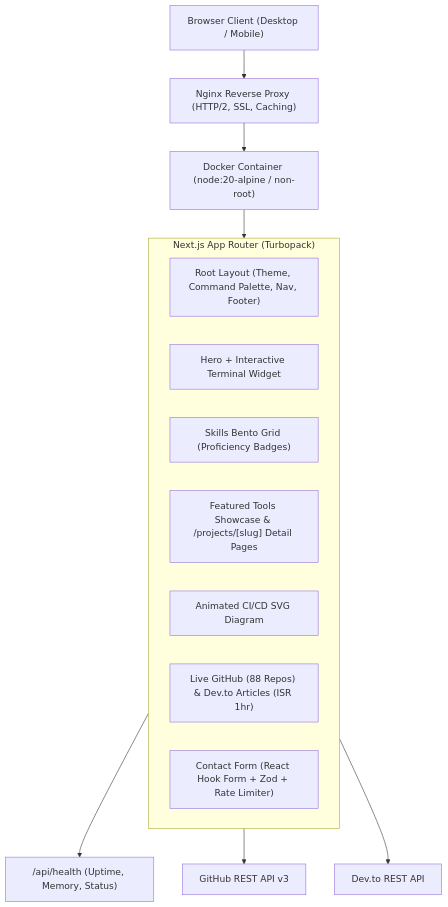
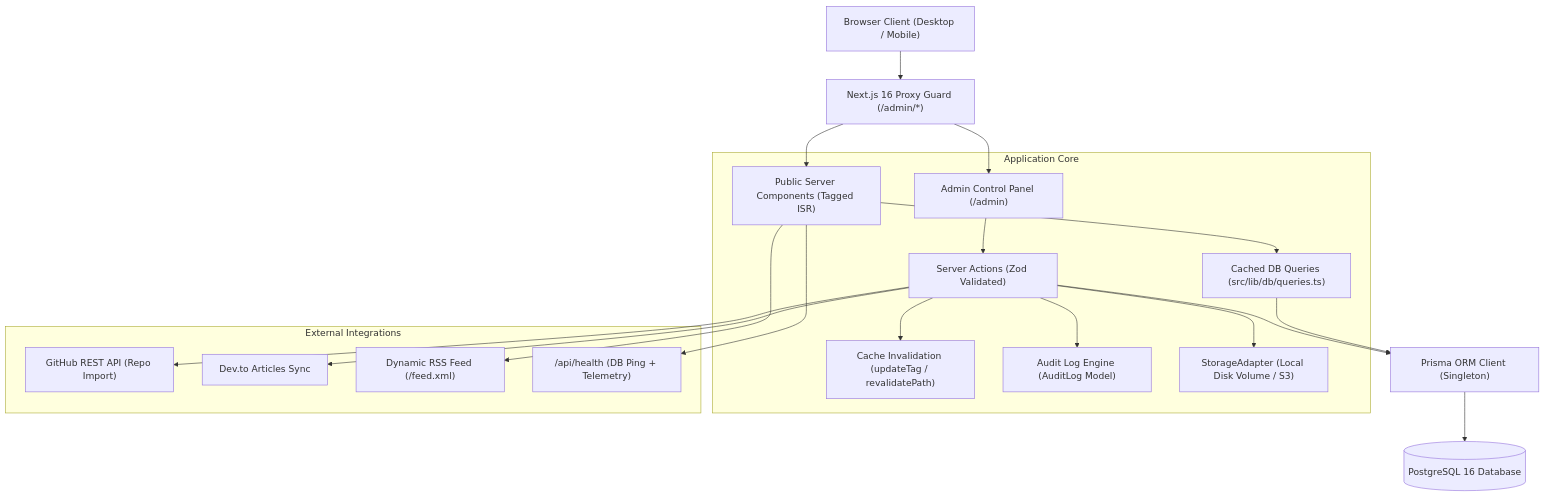
One commit to shuvo-halder/portfolio-next changed the diagram in README.md. Above: the diagram before and after it, drawn with Mermaid. The commit also changed other lines of this file and 76 other files, not shown here.

````diff
--- a/README.md
+++ b/README.md
@@ -28,20 +32,25 @@
 ```mermaid
 graph TD
-    Client["Browser Client (Desktop / Mobile)"] --> NginxProxy["Nginx Reverse Proxy (HTTP/2, SSL, Caching)"]
-    NginxProxy --> DockerNode["Docker Container (node:20-alpine / non-root)"]
+    Client["Browser Client (Desktop / Mobile)"] --> Proxy["Next.js 16 Proxy Guard (/admin/*)"]
+    Proxy --> PublicRoutes["Public Server Components (Tagged ISR)"]
+    Proxy --> AdminRoutes["Admin Control Panel (/admin)"]
     
-    subgraph App["Next.js App Router (Turbopack)"]
-        Layout["Root Layout (Theme, Command Palette, Nav, Footer)"]
-        Hero["Hero + Interactive Terminal Widget"]
-        Skills["Skills Bento Grid (Proficiency Badges)"]
-        Projects["Featured Tools Showcase & /projects/[slug] Detail Pages"]
-        Pipeline["Animated CI/CD SVG Diagram"]
-        Feeds["Live GitHub (88 Repos) & Dev.to Articles (ISR 1hr)"]
-        Contact["Contact Form (React Hook Form + Zod + Rate Limiter)"]
+    subgraph "Application Core"
+        PublicRoutes --> DBQueries["Cached DB Queries (src/lib/db/queries.ts)"]
+        AdminRoutes --> ServerActions["Server Actions (Zod Validated)"]
+        ServerActions --> CacheInvalidator["Cache Invalidation (updateTag / revalidatePath)"]
+        ServerActions --> AuditLogger["Audit Log Engine (AuditLog Model)"]
+        ServerActions --> Storage["StorageAdapter (Local Disk Volume / S3)"]
     end
     
-    DockerNode --> App
-    App --> Health["/api/health (Uptime, Memory, Status)"]
-    App --> GitHubAPI["GitHub REST API v3"]
-    App --> DevToAPI["Dev.to REST API"]
+    DBQueries --> PrismaClient["Prisma ORM Client (Singleton)"]
+    ServerActions --> PrismaClient
+    PrismaClient --> PostgresDB[("PostgreSQL 16 Database")]
+    
+    subgraph "External Integrations"
+        ServerActions --> GitHubAPI["GitHub REST API (Repo Import)"]
+        ServerActions --> DevToAPI["Dev.to Articles Sync"]
+        PublicRoutes --> RSS["Dynamic RSS Feed (/feed.xml)"]
+        PublicRoutes --> Health["/api/health (DB Ping + Telemetry)"]
+    end
 ```
````
